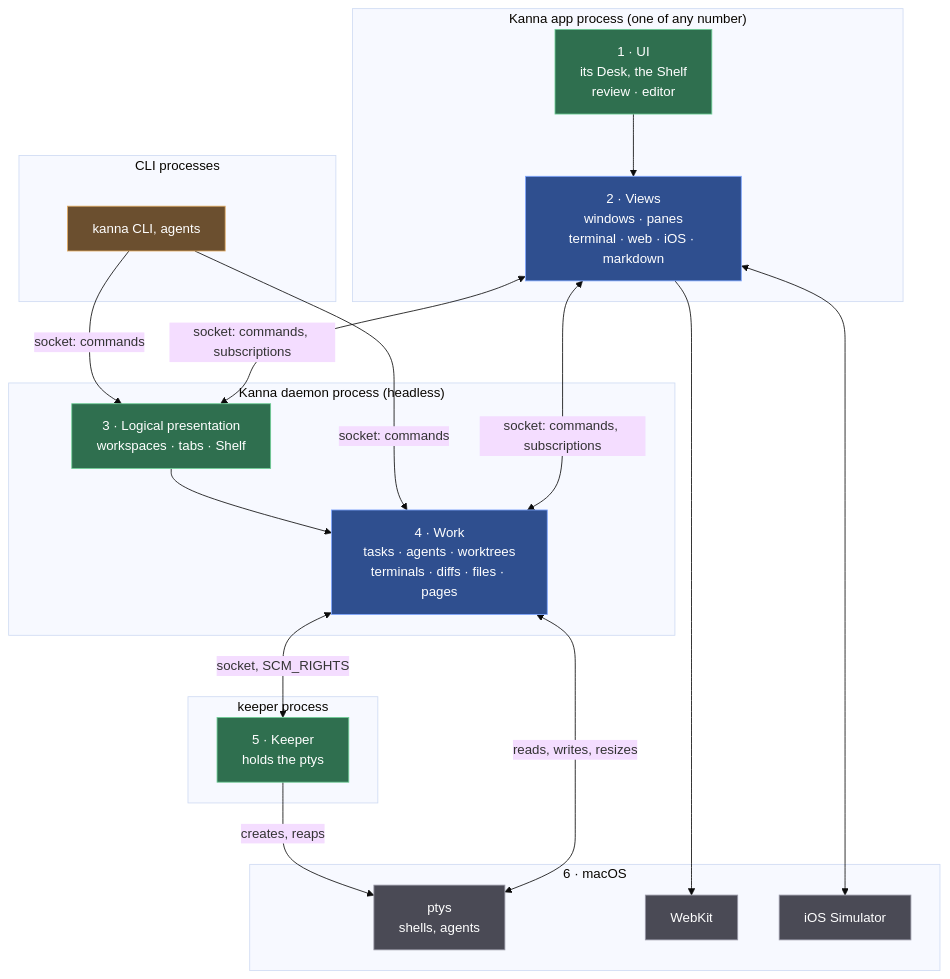
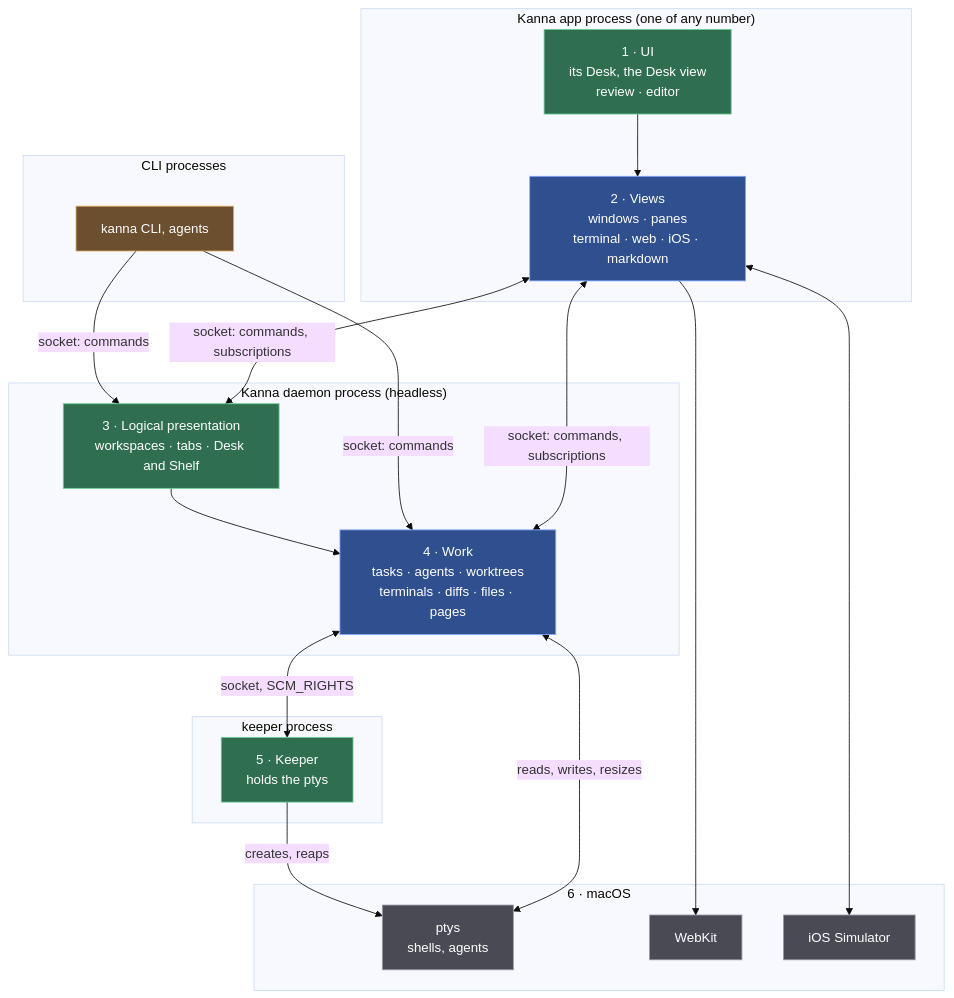
Before and after one commit to tampopogk/kanna: the first of 4 diagrams in docs/specs/architecture.md, drawn with Mermaid (base theme). The commit also changed other lines of this file and 51 other files, not shown here.

Commit message:
Specs: Desk and Shelf, the Desk view, pick, shelve, activate, park; backlog-runners → shelf-runners, backlog-search → shelf-search, shelve-latency → move-to-desk-latency

````diff
--- a/docs/specs/architecture.md
+++ b/docs/specs/architecture.md
@@ -18,39 +18,39 @@
 ```mermaid
 flowchart TB
     subgraph CLIP["CLI processes"]
         CLI["kanna CLI, agents"]
     end
     subgraph APP["Kanna app process (one of any number)"]
-        L1["1 · UI<br/>its Desk, the Shelf<br/>review · editor"]
+        L1["1 · UI<br/>its Desk, the Desk view<br/>review · editor"]
         L2["2 · Views<br/>windows · panes<br/>terminal · web · iOS · markdown"]
         L1 --> L2
     end
     subgraph DAEMON["Kanna daemon process (headless)"]
-        L3["3 · Logical presentation<br/>workspaces · tabs · Shelf"]
+        L3["3 · Logical presentation<br/>workspaces · tabs · Desk and Shelf"]
         L4["4 · Work<br/>tasks · agents · worktrees<br/>terminals · diffs · files · pages"]
         L3 --> L4
     end
     subgraph KEEPER["keeper process"]
         L5["5 · Keeper<br/>holds the ptys"]
     end
     subgraph OS["6 · macOS"]
         PTY["ptys<br/>shells, agents"]
         WK["WebKit"]
         SIM["iOS Simulator"]
     end
     CLI -->|"socket: commands"| L3 & L4
     L2 <-->|"socket: commands, subscriptions"| L3 & L4
     L4 <-->|"socket, SCM_RIGHTS"| L5
     L5 -->|"creates, reaps"| PTY
     L4 <-->|"reads, writes, resizes"| PTY
     L2 --> WK
     L2 <--> SIM
     classDef kanna fill:#2f6f4f,stroke:#6fcf97,color:#ffffff
     classDef kmux fill:#2f4f8f,stroke:#7fa7ff,color:#ffffff
     classDef os fill:#4a4a55,stroke:#9a9aa8,color:#ffffff
     classDef ext fill:#6b4f2f,stroke:#e0a960,color:#ffffff
     class L1,L3,L5 kanna
     class L2,L4 kmux
     class PTY,WK,SIM os
     class CLI ext
 ```
````
